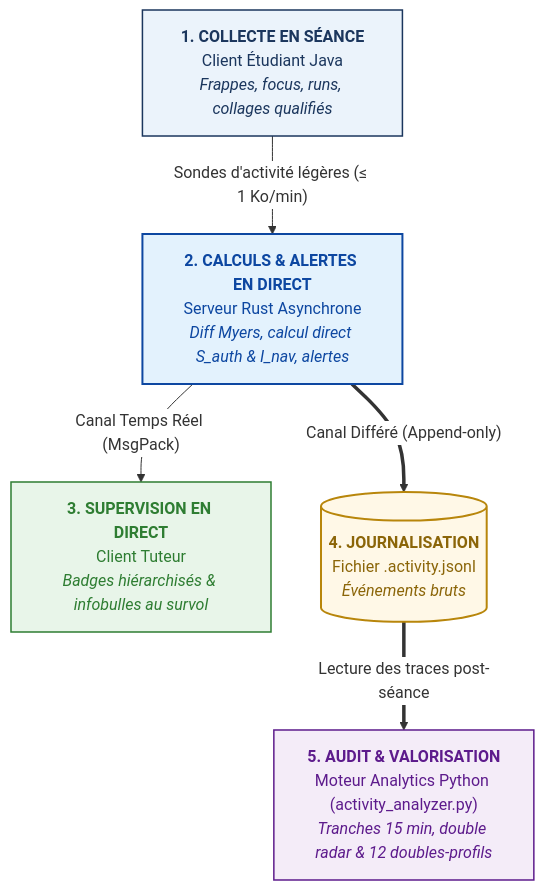
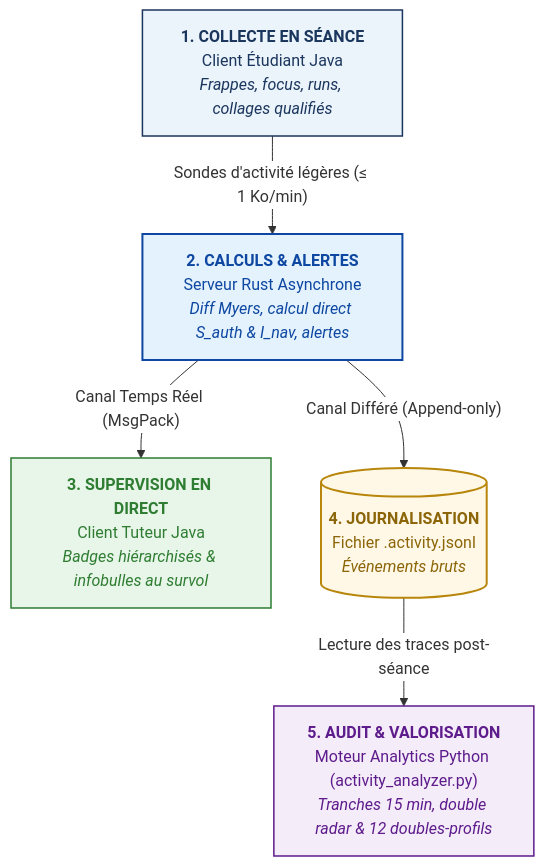
Before and after one commit to jlehuen/CodeLab: the first of 5 diagrams in docs/ACTIVITY_TRACKING.md, drawn with Mermaid. The commit also changed 1 other file, not shown here.

Commit message:
docs: uniformisation de l'epaisseur de toutes les fleches du pipeline unifie

````diff
--- a/docs/ACTIVITY_TRACKING.md
+++ b/docs/ACTIVITY_TRACKING.md
@@ -22,24 +22,24 @@
 ```mermaid
 %%{init: {'themeVariables': {'edgeLabelBackground': '#ffffff'}, 'themeCSS': '.edgeLabel, .labelBkg, .edgeLabel rect { background-color: #ffffff !important; fill: #ffffff !important; opacity: 1 !important; }'}}%%
 flowchart TD
     E["<b>1. COLLECTE EN SÉANCE</b><br/>Client Étudiant Java<br/><i>Frappes, focus, runs, collages qualifiés</i>"]
-    -->|"Sondes d'activité légères (≤ 1 Ko/min)"| S["<b>2. CALCULS &amp; ALERTES EN DIRECT</b><br/>Serveur Rust Asynchrone<br/><i>Diff Myers, calcul direct S_auth &amp; I_nav, alertes</i>"]
+    -->|"Sondes d'activité légères (≤ 1 Ko/min)"| S["<b>2. CALCULS &amp; ALERTES</b><br/>Serveur Rust Asynchrone<br/><i>Diff Myers, calcul direct S_auth &amp; I_nav, alertes</i>"]
 
-    S -->|"Canal Temps Réel (MsgPack)"| T["<b>3. SUPERVISION EN DIRECT</b><br/>Client Tuteur<br/><i>Badges hiérarchisés &amp; infobulles au survol</i>"]
+    S -->|"Canal Temps Réel (MsgPack)"| T["<b>3. SUPERVISION EN DIRECT</b><br/>Client Tuteur Java<br/><i>Badges hiérarchisés &amp; infobulles au survol</i>"]
 
-    S ==>|"Canal Différé (Append-only)"| J[("<b>4. JOURNALISATION</b><br/>Fichier .activity.jsonl<br/><i>Événements bruts</i>")]
+    S -->|"Canal Différé (Append-only)"| J[("<b>4. JOURNALISATION</b><br/>Fichier .activity.jsonl<br/><i>Événements bruts</i>")]
 
-    J ==>|"Lecture des traces post-séance"| A["<b>5. AUDIT &amp; VALORISATION</b><br/>Moteur Analytics Python (activity_analyzer.py)<br/><i>Tranches 15 min, double radar &amp; 12 doubles-profils</i>"]
+    J -->|"Lecture des traces post-séance"| A["<b>5. AUDIT &amp; VALORISATION</b><br/>Moteur Analytics Python (activity_analyzer.py)<br/><i>Tranches 15 min, double radar &amp; 12 doubles-profils</i>"]
 
     classDef client fill:#EBF3FB,stroke:#1B365D,stroke-width:1.5px,color:#1B365D;
     classDef server fill:#E3F2FD,stroke:#0D47A1,stroke-width:2px,color:#0D47A1;
     classDef tuteur fill:#E8F5E9,stroke:#2E7D32,stroke-width:1.5px,color:#2E7D32;
     classDef journal fill:#FFF8E7,stroke:#B8860B,stroke-width:2px,color:#8B6508;
     classDef audit fill:#F4ECF8,stroke:#5D1B8C,stroke-width:1.5px,color:#5D1B8C;
 
     class E client;
     class S server;
     class T tuteur;
     class J journal;
     class A audit;
 ```
````
